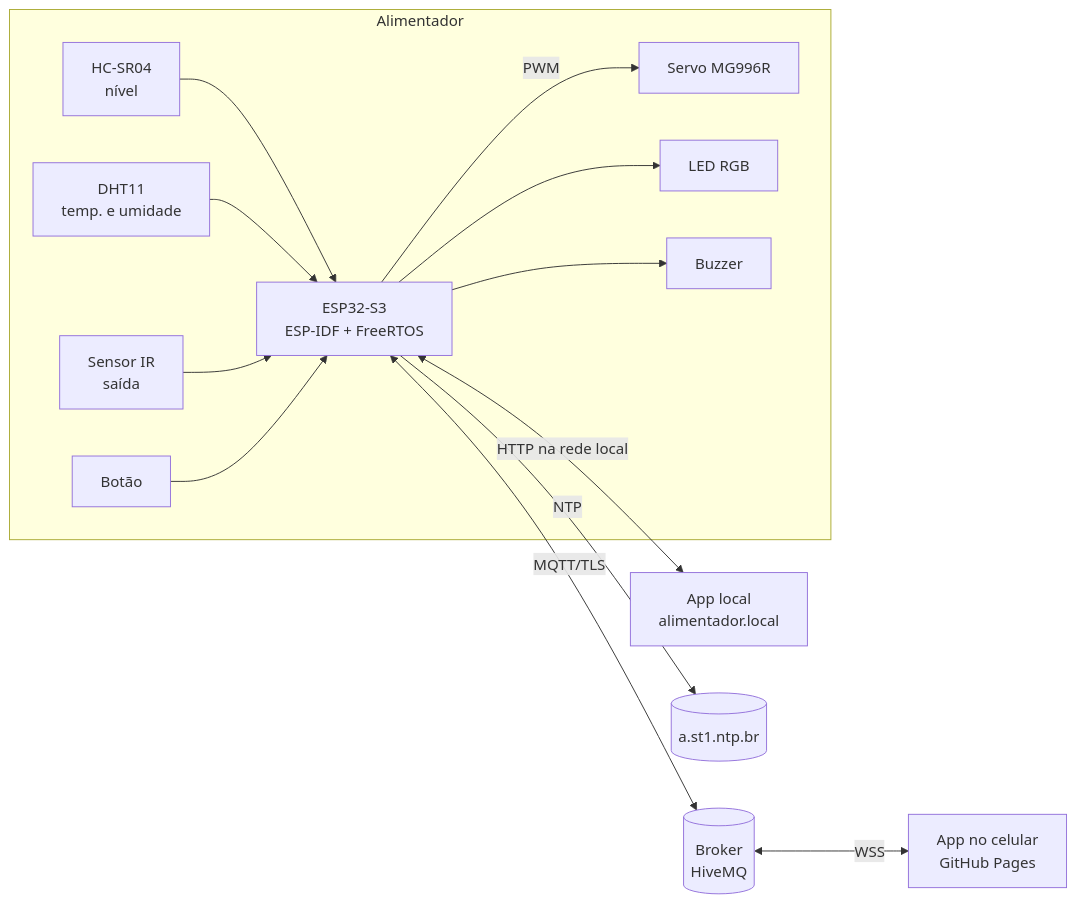
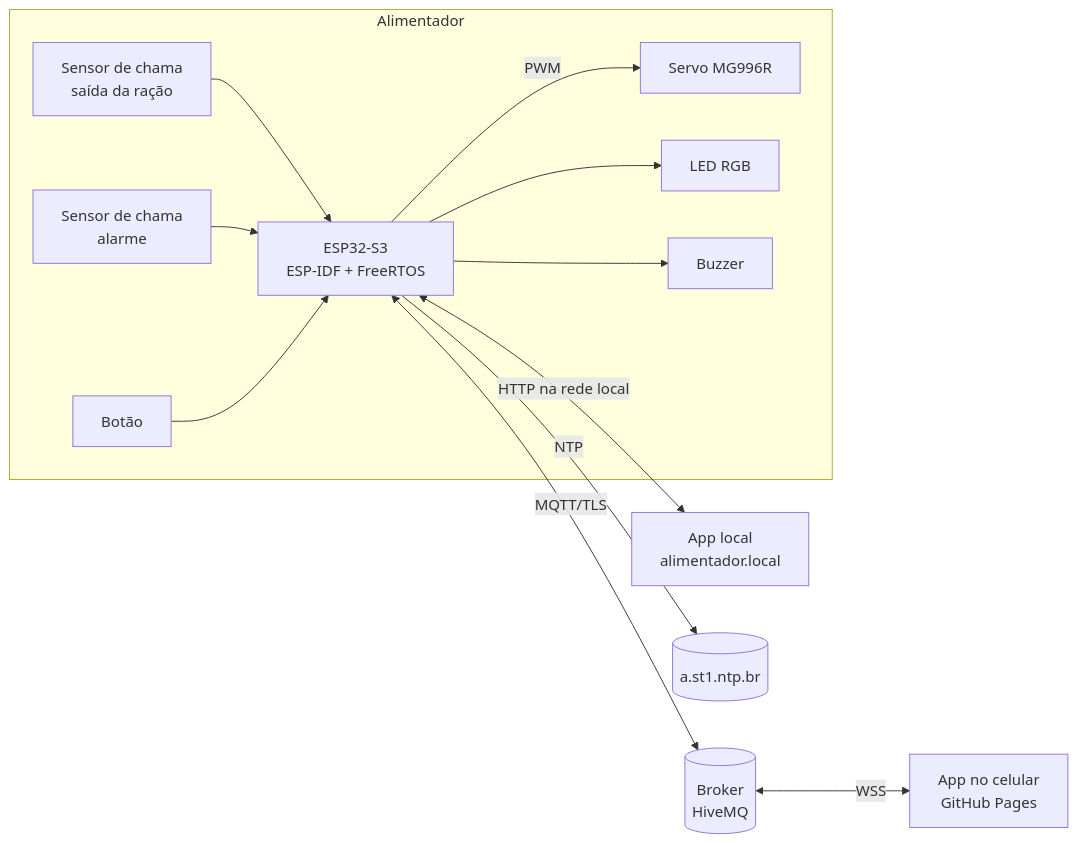
Before and after one commit to arthurlleite/lulu-alimentador: the diagram in README.md, drawn with Mermaid. The commit also changed other lines of this file and 1 other file, not shown here.

````diff
--- a/README.md
+++ b/README.md
@@ -71,17 +70,16 @@
 ```mermaid
 flowchart LR
   subgraph Alimentador
     ESP["ESP32-S3<br/>ESP-IDF + FreeRTOS"]
     ESP -->|PWM| SERVO[Servo MG996R]
-    US[HC-SR04<br/>nível] --> ESP
-    DHT[DHT11<br/>temp. e umidade] --> ESP
-    IR[Sensor IR<br/>saída] --> ESP
+    IR[Sensor de chama<br/>saída da ração] --> ESP
+    FOGO[Sensor de chama<br/>alarme] --> ESP
     BTN[Botão] --> ESP
     ESP --> LED[LED RGB]
     ESP --> BUZ[Buzzer]
   end
   ESP <-->|MQTT/TLS| BROKER[(Broker<br/>HiveMQ)]
   BROKER <-->|WSS| APP[App no celular<br/>GitHub Pages]
   ESP <-->|HTTP na rede local| APPL[App local<br/>alimentador.local]
   ESP -->|NTP| NTP[(a.st1.ntp.br)]
 ```
````
